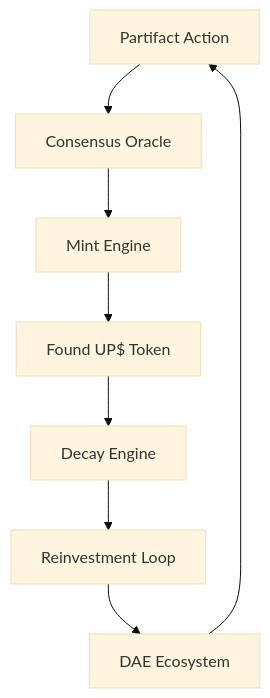
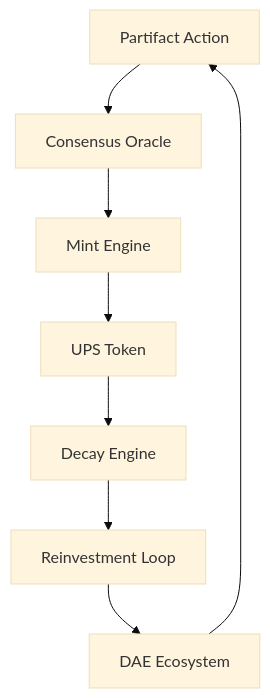
The diagram in WSP_knowledge/src/WSP_26_FoundUPS_DAE_Tokenization.md (Foundup/Foundups-Agent), drawn with Mermaid (base theme) before and after one commit. The commit also changed other lines of this file and 370 other files, not shown here.

````diff
--- a/WSP_knowledge/src/WSP_26_FoundUPS_DAE_Tokenization.md
+++ b/WSP_knowledge/src/WSP_26_FoundUPS_DAE_Tokenization.md
@@ -57,10 +93,10 @@
 ```mermaid
 graph TD
     A[Partifact Action] --> B[Consensus Oracle]
     B --> C[Mint Engine]
-    C --> D[Found UP$ Token]
+    C --> D[UPS Token]
     D --> E[Decay Engine]
     E --> F[Reinvestment Loop]
     F --> G[DAE Ecosystem]
     G --> A
 ```
````
